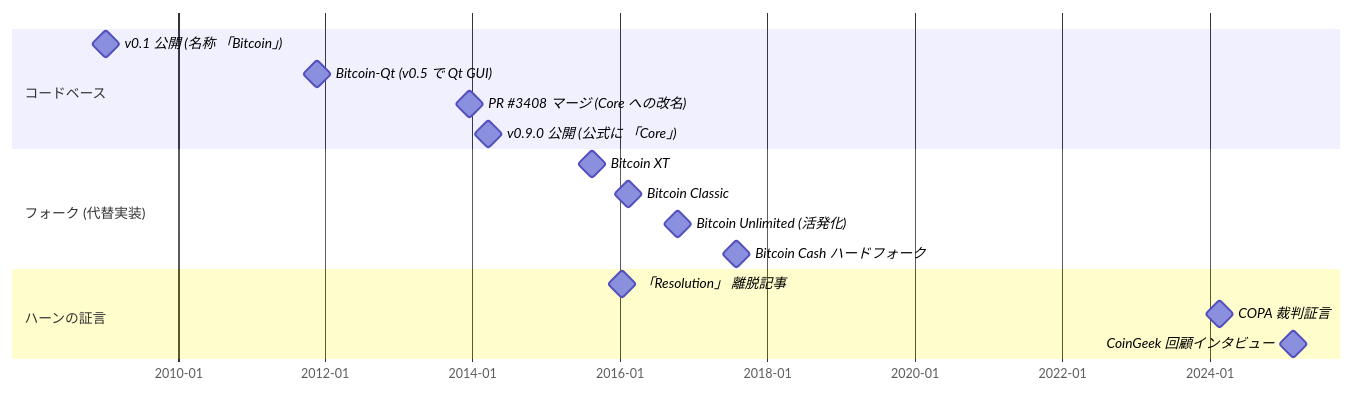
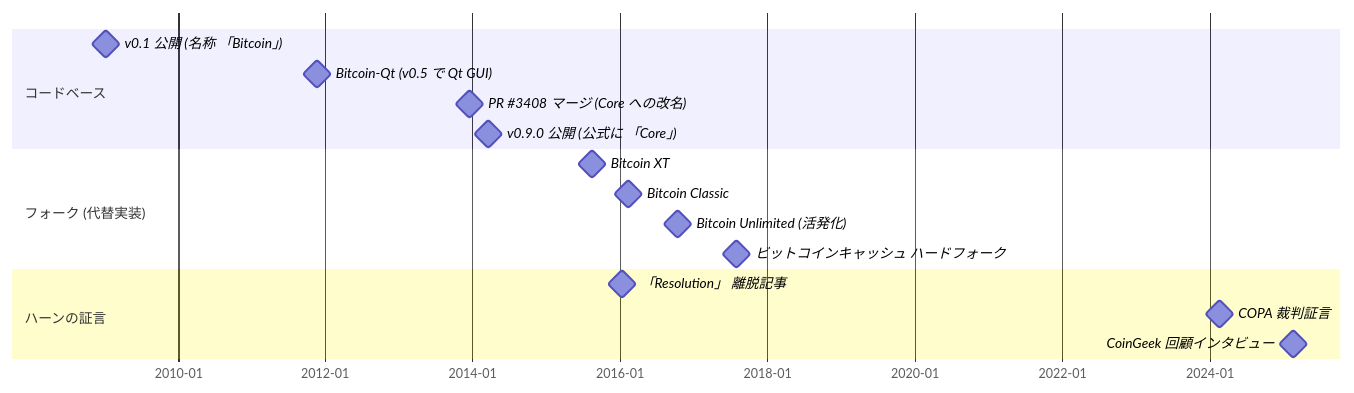
One commit to cypher256/BitcoinArchive changed the diagram in src/data/translations/ja/analysis/2014-03-19-bitcoin-core-rebrand-authority-effects.md. Above: the diagram before and after it, drawn with Mermaid. The commit also changed other lines of this file and 33 other files, not shown here.

````diff
--- a/src/data/translations/ja/analysis/2014-03-19-bitcoin-core-rebrand-authority-effects.md
+++ b/src/data/translations/ja/analysis/2014-03-19-bitcoin-core-rebrand-authority-effects.md
@@ -94,27 +94,27 @@
 ```mermaid
 gantt
     dateFormat YYYY-MM-DD
     axisFormat %Y-%m
 
     section コードベース
     v0.1 公開 (名称 「Bitcoin」)             :milestone, 2009-01-09, 1d
     %% link: /BitcoinArchive/ja/entries/sourceforge/2009-01-09-bitcoin-v01-released/
     Bitcoin-Qt (v0.5 で Qt GUI)             :milestone, 2011-11-20, 1d
     %% link: /BitcoinArchive/ja/entries/aftermath/2011-11-20-bitcoin-v05-removes-cryptopp-dependency/
     PR #3408 マージ (Core への改名)         :milestone, 2013-12-16, 1d
     v0.9.0 公開 (公式に 「Core」)            :milestone, 2014-03-19, 1d
 
     section フォーク (代替実装)
     Bitcoin XT                              :milestone, 2015-08-15, 1d
     Bitcoin Classic                         :milestone, 2016-02-10, 1d
     Bitcoin Unlimited (活発化)              :milestone, 2016-10-14, 1d
-    Bitcoin Cash ハードフォーク             :milestone, 2017-08-01, 1d
+    ビットコインキャッシュ ハードフォーク             :milestone, 2017-08-01, 1d
 
     section ハーンの証言
     「Resolution」 離脱記事                 :milestone, 2016-01-14, 1d
     %% link: /BitcoinArchive/ja/entries/aftermath/2016-01-14-mike-hearn-resolution-bitcoin-experiment/
     COPA 裁判証言                           :milestone, 2024-02-22, 1d
     %% link: /BitcoinArchive/ja/entries/aftermath/2024-02-22-mike-hearn-copa-trial-testimony/
     CoinGeek 回顧インタビュー               :milestone, 2025-02-21, 1d
     %% link: /BitcoinArchive/ja/entries/aftermath/2025-02-21-mike-hearn-coingeek-retrospective/
 ```
````
